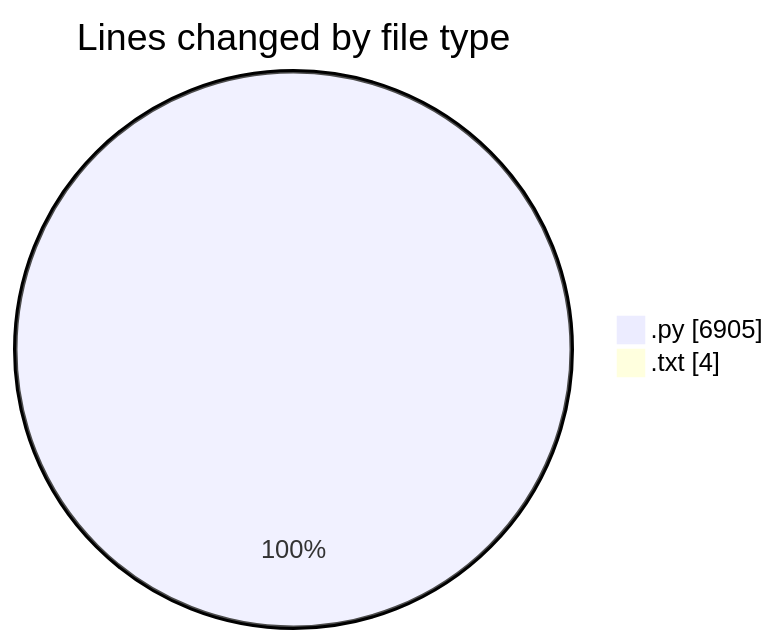
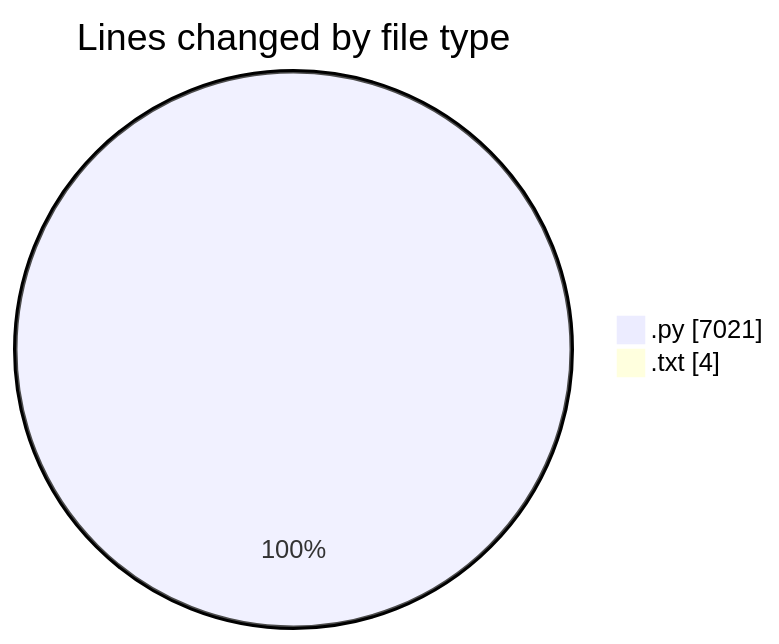
One commit to CELIANVF/code-tracking changed the first of 2 diagrams in 2025-06-01/video_app/README.md. Above: the diagram before and after it, drawn with Mermaid. The commit also changed other lines of this file and 1 other file, not shown here.

````diff
--- a/2025-06-01/video_app/README.md
+++ b/2025-06-01/video_app/README.md
@@ -29,6 +29,6 @@
 ```mermaid
 pie showData
 title Lines changed by file type
-".py" : 6905
+".py" : 7021
 ".txt" : 4
 ```
````
